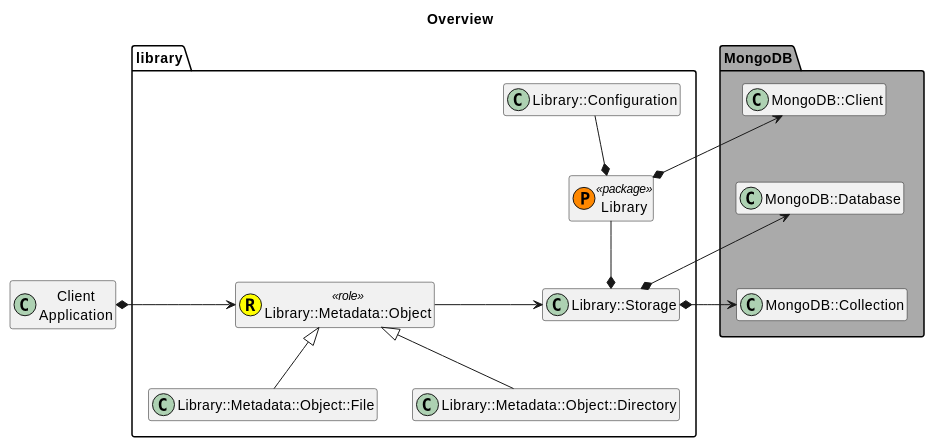
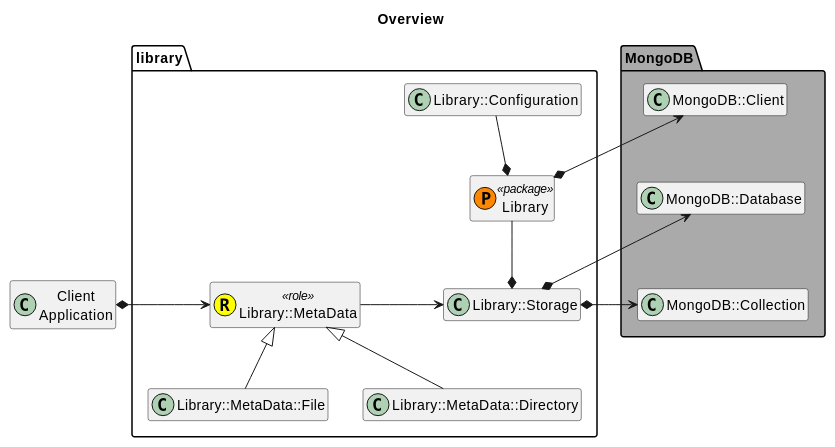
One commit to MARTIMM/Library changed the third of 3 diagrams in doc/requirements.md. Above: the diagram before and after it, drawn with PlantUML. The commit also changed 2 other files, not shown here.

Commit message:
notes, version

````diff
--- a/doc/requirements.md
+++ b/doc/requirements.md
@@ -417,44 +417,44 @@
 ```plantuml
 
 title Overview
 
 hide members
 class Client as "Client\nApplication"
 
 package MongoDB #AAAAAA {
   'set namespaceSeparator ::
   class MC as "MongoDB::Client"
   class MDB as "MongoDB::Database"
   class MCL as "MongoDB::Collection"
 
   MC -[hidden]- MDB
   MDB -[hidden]- MCL
 }
 
 package library #FFFFFF {
 
   class L as "Library" << (P,#FF8800) package >>
   class LC as "Library::Configuration"
   class LS as "Library::Storage"
-  class Obj as "Library::Metadata::Object" << (R,#FFFF00) role >>
-  class OTF as "Library::Metadata::Object::File"
-  class OTD as "Library::Metadata::Object::Directory"
+  class MTD as "Library::MetaData" << (R,#FFFF00) role >>
+  class OTF as "Library::MetaData::File"
+  class OTD as "Library::MetaData::Directory"
 
-  Client *-> Obj
+  Client *-> MTD
 
   MC <--* L
   LC --* L
 
   L --* LS
   MDB <-right-* LS
   MCL <-right-* LS
 
   'LS <|-- LMD
 
-  'LMD <- Obj
-  Obj -> LS
-  Obj <|-- OTF
-  Obj <|-- OTD
+  'LMD <- MTD
+  MTD -> LS
+  MTD <|-- OTF
+  MTD <|-- OTD
 }
 
 ```
````
